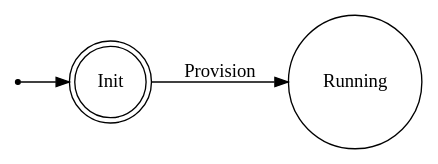
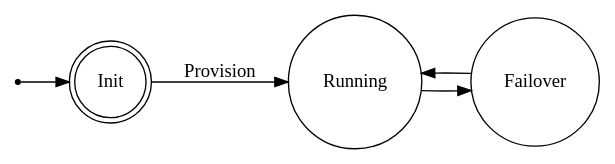
One commit to SysBind/docker-pgpool changed the diagram in doc/states.gv. Above: the diagram before and after it, drawn with Graphviz. The commit also changed 4 other files, not shown here.

```diff
--- a/doc/states.gv
+++ b/doc/states.gv
@@ -1,11 +1,14 @@
-digraph finite_state_machine {
+digraph global_cluster_state {
     rankdir=LR;
     size="8,5"
 
     node [shape = doublecircle]; Init;
     node [shape = point ]; qi
 
     node [shape = circle] Running;
+    node [shape = circle] Failover;
     qi -> Init;
     Init  -> Running [ label = "Provision" ];
+    Running -> Failover;
+    Failover -> Running;
 }
```
